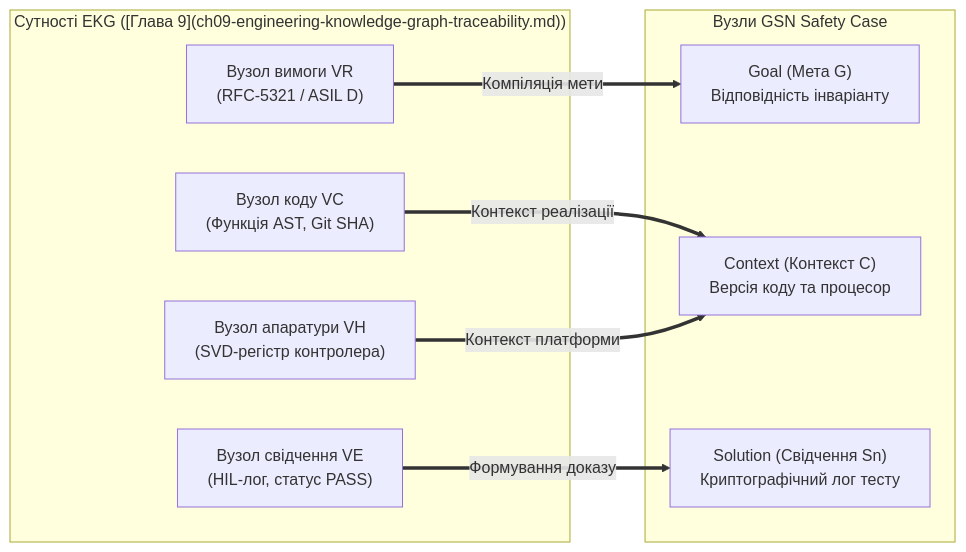
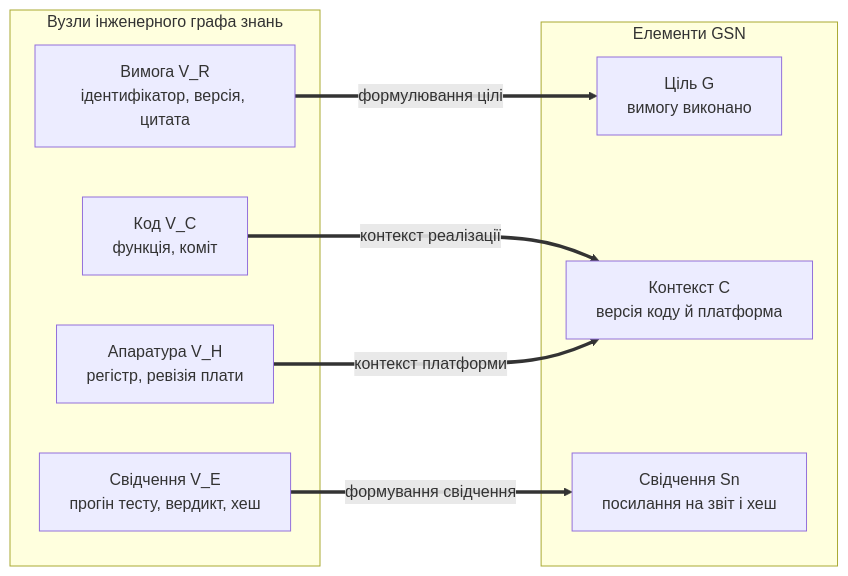
One commit to nick-fedchik/articles changed the second of 4 diagrams in ExpertSystem/ch27-safety-case-gsn-synthesis.md. Above: the diagram before and after it, drawn with Mermaid. The commit also changed other lines of this file, not shown here.

````diff
--- a/ExpertSystem/ch27-safety-case-gsn-synthesis.md
+++ b/ExpertSystem/ch27-safety-case-gsn-synthesis.md
@@ -76,23 +84,23 @@
 ```mermaid
 flowchart LR
-    accTitle: Правила трансформації EKG у вузли GSN
-    accDescr: Відображення нормативних вимог, AST коду та логів тестів EKG у цілі, контексти та свідчення GSN.
+    accTitle: Відображення вузлів інженерного графа знань у елементи GSN
+    accDescr: Вузол вимоги стає ціллю, вузли коду й апаратури стають контекстом, а вузол результату випробування стає свідченням.
 
-    subgraph EKG_Domain["Сутності EKG ([Глава 9](ch09-engineering-knowledge-graph-traceability.md))"]
-        EKG_Req["Вузол вимоги VR<br/>(RFC-5321 / ASIL D)"]
-        EKG_AST["Вузол коду VC<br/>(Функція AST, Git SHA)"]
-        EKG_Hw["Вузол апаратури VH<br/>(SVD-регістр контролера)"]
-        EKG_Ev["Вузол свідчення VE<br/>(HIL-лог, статус PASS)"]
+    subgraph EKG_Domain["Вузли інженерного графа знань"]
+        EKG_Req["Вимога V_R<br/>ідентифікатор, версія, цитата"]
+        EKG_Code["Код V_C<br/>функція, коміт"]
+        EKG_Hw["Апаратура V_H<br/>регістр, ревізія плати"]
+        EKG_Ev["Свідчення V_E<br/>прогін тесту, вердикт, хеш"]
     end
 
-    subgraph GSN_Domain["Вузли GSN Safety Case"]
-        GSN_Goal["Goal (Мета G)<br/>Відповідність інваріанту"]
-        GSN_Ctx["Context (Контекст C)<br/>Версія коду та процесор"]
-        GSN_Sol["Solution (Свідчення Sn)<br/>Криптографічний лог тесту"]
+    subgraph GSN_Domain["Елементи GSN"]
+        GSN_Goal["Ціль G<br/>вимогу виконано"]
+        GSN_Ctx["Контекст C<br/>версія коду й платформа"]
+        GSN_Sol["Свідчення Sn<br/>посилання на звіт і хеш"]
     end
 
-    EKG_Req ==>|Компіляція мети| GSN_Goal
-    EKG_AST ==>|Контекст реалізації| GSN_Ctx
-    EKG_Hw ==>|Контекст платформи| GSN_Ctx
-    EKG_Ev ==>|Формування доказу| GSN_Sol
+    EKG_Req ==>|"формулювання цілі"| GSN_Goal
+    EKG_Code ==>|"контекст реалізації"| GSN_Ctx
+    EKG_Hw ==>|"контекст платформи"| GSN_Ctx
+    EKG_Ev ==>|"формування свідчення"| GSN_Sol
 ```
````
